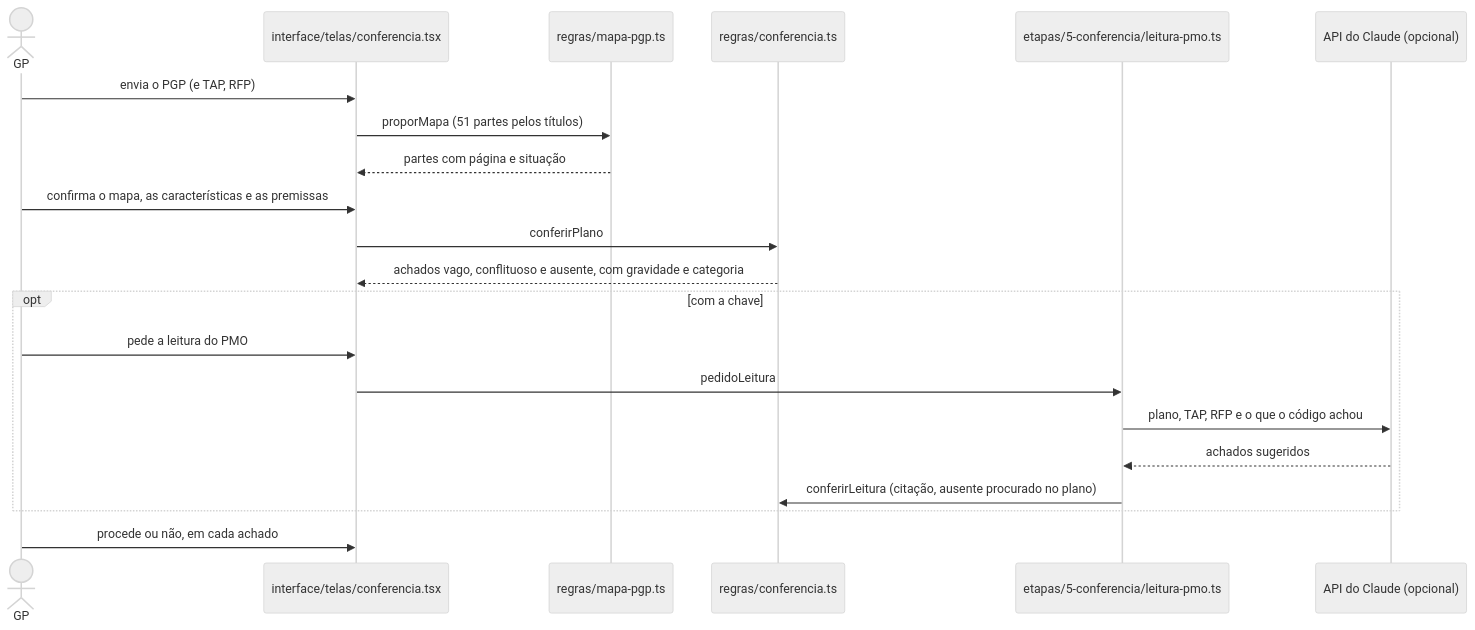
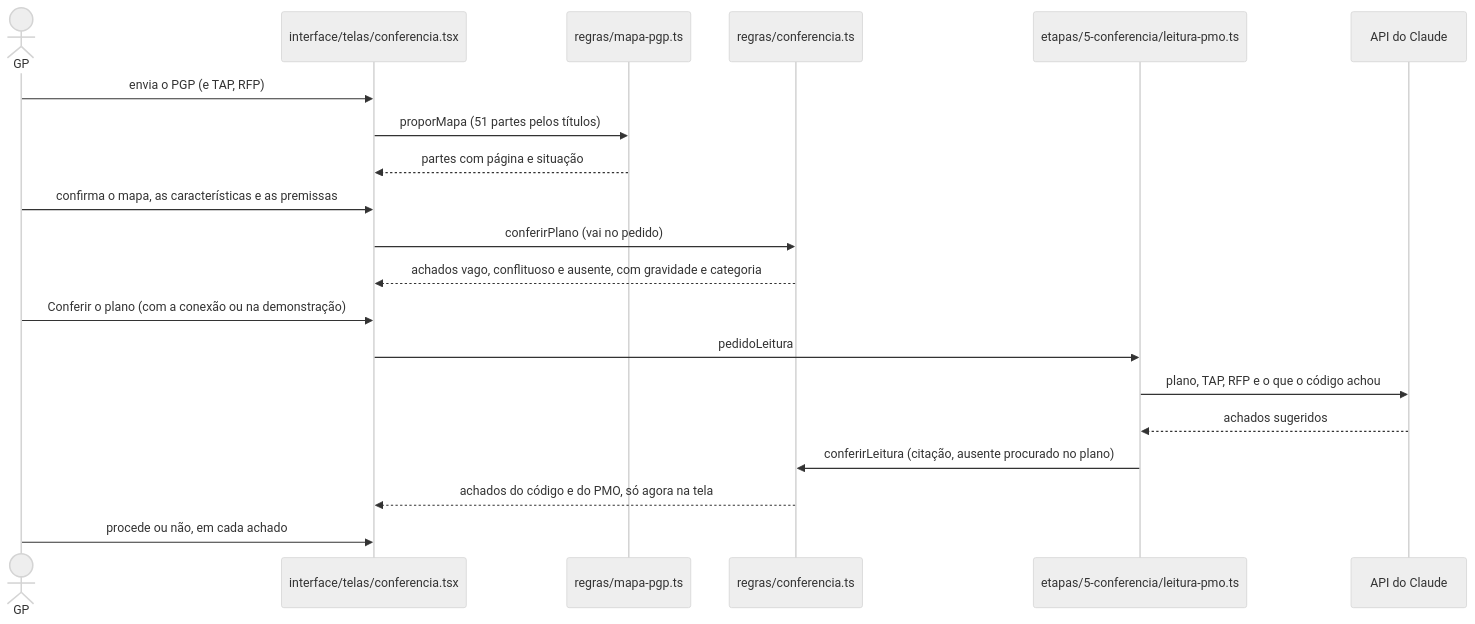
One commit to izacxll/raio-x-do-projeto changed the fourth of 5 diagrams in docs/tecnico/06-fluxos.md. Above: the diagram before and after it, drawn with Mermaid (neutral theme). The commit also changed other lines of this file and 64 other files, not shown here.

First line of the commit message:
Métodos revisados, chave em arquivo, documentação coerente e decisão 0037 (conexão antes de analisar) (#46)

````diff
--- a/docs/tecnico/06-fluxos.md
+++ b/docs/tecnico/06-fluxos.md
@@ -91,23 +96,22 @@
 ```mermaid
 sequenceDiagram
   actor GP
   participant Tela as interface/telas/conferencia.tsx
   participant Mapa as regras/mapa-pgp.ts
   participant Conf as regras/conferencia.ts
   participant Leit as etapas/5-conferencia/leitura-pmo.ts
-  participant API as API do Claude (opcional)
+  participant API as API do Claude
   GP->>Tela: envia o PGP (e TAP, RFP)
   Tela->>Mapa: proporMapa (51 partes pelos títulos)
   Mapa-->>Tela: partes com página e situação
   GP->>Tela: confirma o mapa, as características e as premissas
-  Tela->>Conf: conferirPlano
+  Tela->>Conf: conferirPlano (vai no pedido)
   Conf-->>Tela: achados vago, conflituoso e ausente, com gravidade e categoria
-  opt com a chave
-    GP->>Tela: pede a leitura do PMO
-    Tela->>Leit: pedidoLeitura
-    Leit->>API: plano, TAP, RFP e o que o código achou
-    API-->>Leit: achados sugeridos
-    Leit->>Conf: conferirLeitura (citação, ausente procurado no plano)
-  end
+  GP->>Tela: Conferir o plano (com a conexão ou na demonstração)
+  Tela->>Leit: pedidoLeitura
+  Leit->>API: plano, TAP, RFP e o que o código achou
+  API-->>Leit: achados sugeridos
+  Leit->>Conf: conferirLeitura (citação, ausente procurado no plano)
+  Conf-->>Tela: achados do código e do PMO, só agora na tela
   GP->>Tela: procede ou não, em cada achado
 ```
````
